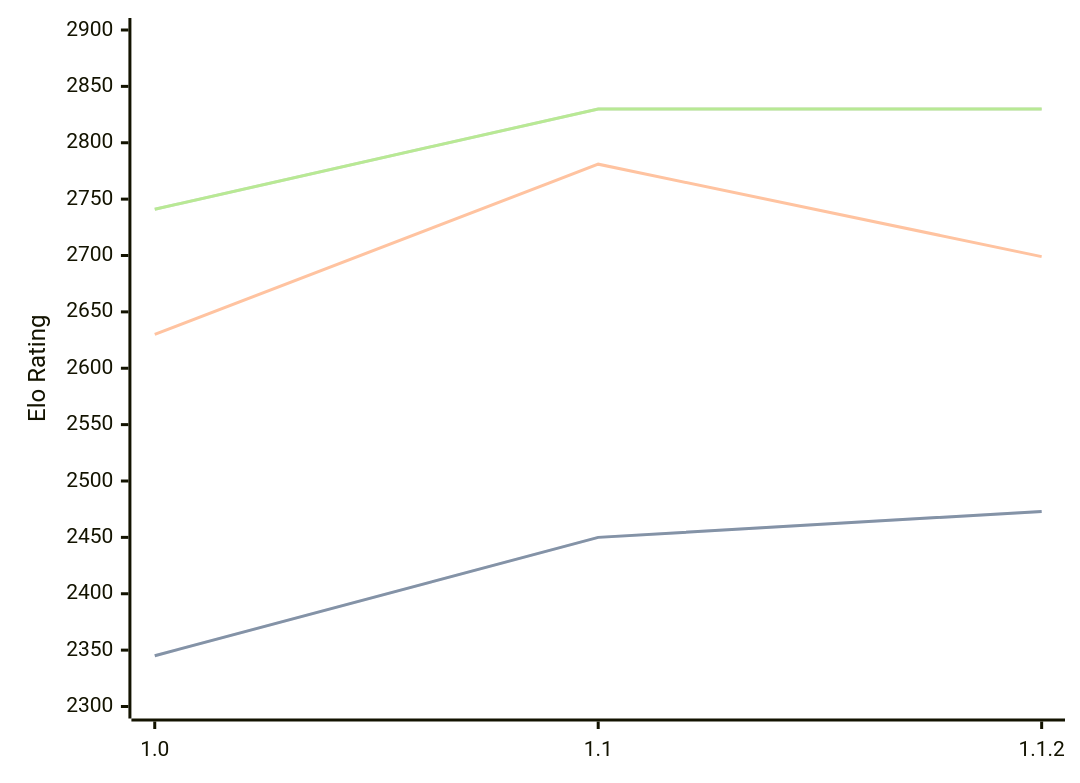
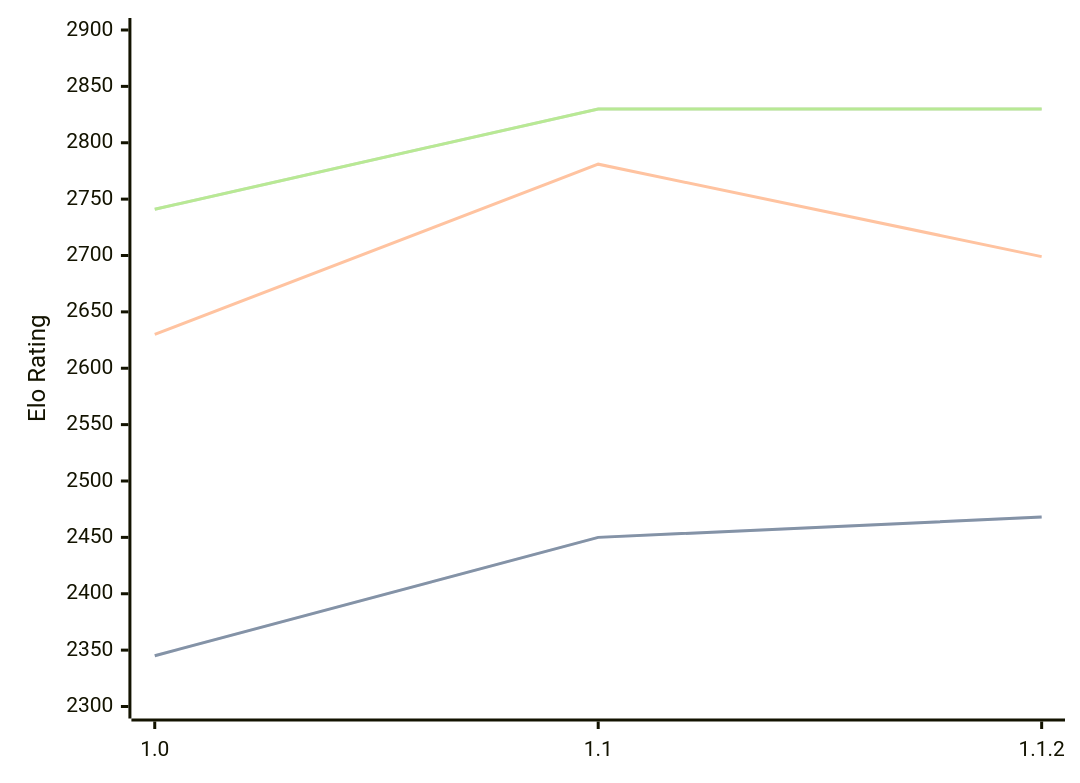
Before and after one commit to computer-chess-index/cci: the diagram in engines/Casanchess.md, drawn with Mermaid. The commit also changed other lines of this file, not shown here.

````diff
--- a/engines/Casanchess.md
+++ b/engines/Casanchess.md
@@ -33,11 +33,11 @@
 ```mermaid
 %%{init: {"theme":"base","themeVariables":{"seriesColors:['#a3a3a3','#222221','#faa371']}}}%%
 xychart-beta
   x-axis ["1.0", "1.1", "1.1.2"]
   y-axis "Elo Rating" 2300 --> 2900
-  line "" [2345, 2450, 2473]
-  line "STC (8.0+0.08s)" [2345, 2450, 2473]
+  line "" [2345, 2450, 2468]
+  line "STC (8.0+0.08s)" [2345, 2450, 2468]
   line "LTC (60.0+0.60s)" [2630, 2781, 2699]
   line "" [2741, 2830, 2830]
   line "VLTC (2m24s+1.12s)" [2741, 2830, 2830]
 ```
````
